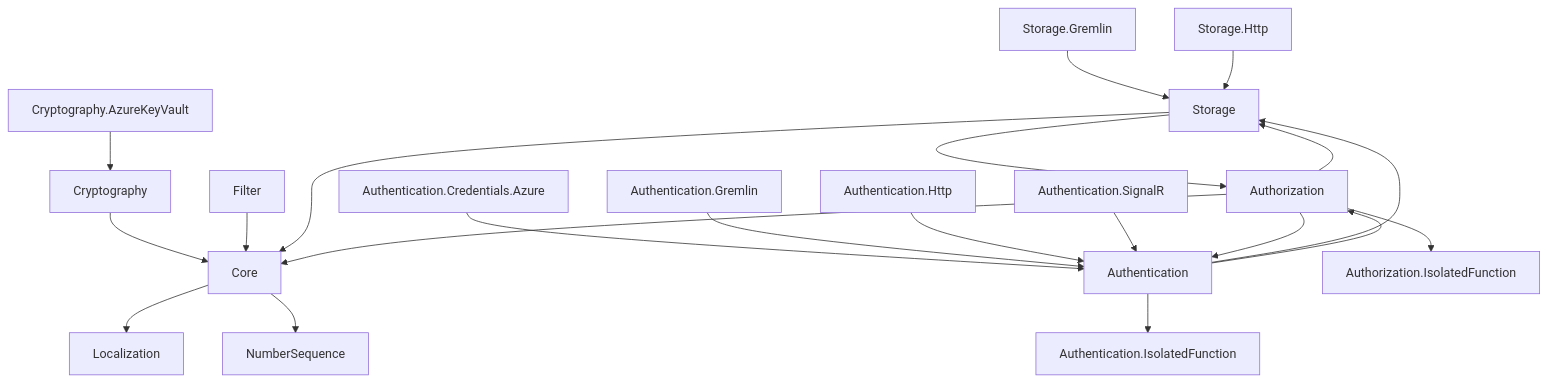
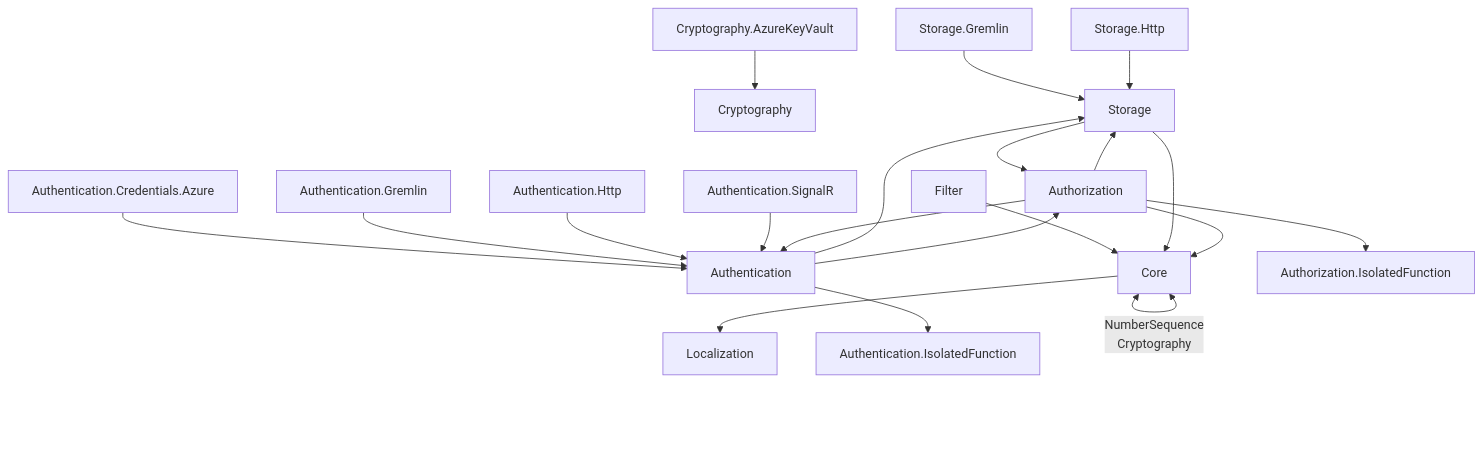
The diagram in README.md (sidubsolutions/Sidub.Platform), drawn with Mermaid before and after one commit.

````diff
--- a/README.md
+++ b/README.md
@@ -133,27 +133,27 @@
 ```mermaid
 graph TD;
     Core --> Localization
-    Core --> NumberSequence
+    Core <-- NumberSequence
     Cryptography --> Core
     Cryptography.AzureKeyVault --> Cryptography
     Filter --> Core
     Storage --> Core
     Authorization --> Core
     
     Authentication --> Storage
     Authentication.Credentials.Azure --> Authentication
     Authentication.Gremlin --> Authentication
     Authentication.Http --> Authentication
     Authentication.SignalR --> Authentication
     
     Storage.Gremlin --> Storage
     Storage.Http --> Storage
     
     Authentication --> Authentication.IsolatedFunction
     Authorization --> Authorization.IsolatedFunction
     
     Storage --> Authorization
     Authorization --> Storage
     Authentication --> Authorization
     Authorization --> Authentication
 ```
````
